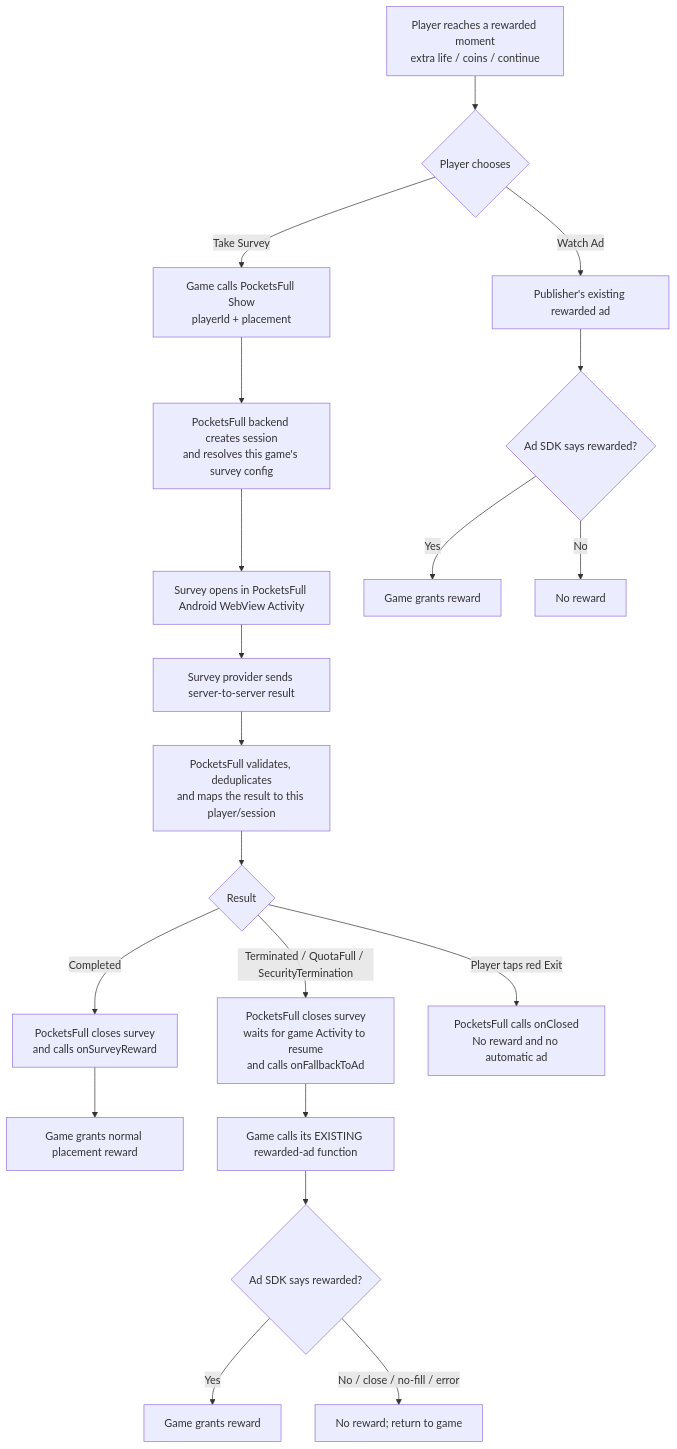
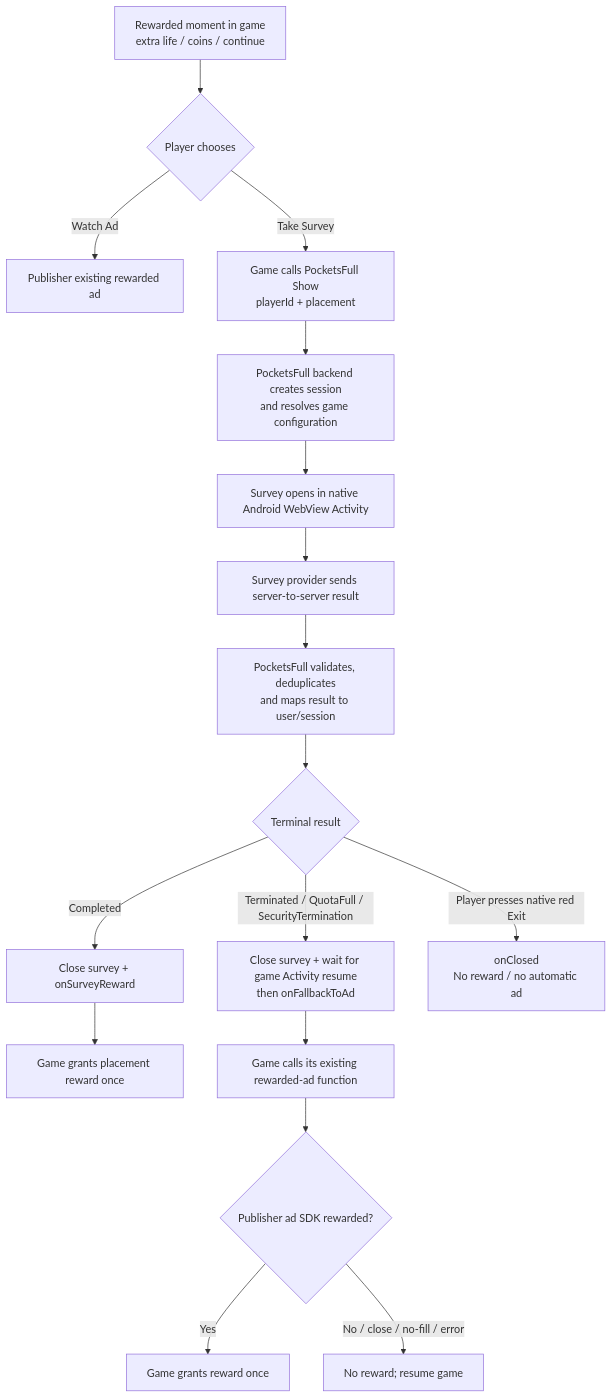
Before and after one commit to baali1994/pocketsfull-monetize-sdk: the first of 2 diagrams in README.md, drawn with Mermaid. The commit also changed other lines of this file, not shown here.

Commit message:
Polish README and public integration diagrams

````diff
--- a/README.md
+++ b/README.md
@@ -24,22 +33,19 @@
 ```mermaid
 flowchart TD
-    A[Player reaches a rewarded moment\nextra life / coins / continue] --> B{Player chooses}
-    B -->|Watch Ad| AD0[Publisher's existing rewarded ad]
+    A[Rewarded moment in game\nextra life / coins / continue] --> B{Player chooses}
+    B -->|Watch Ad| AD0[Publisher existing rewarded ad]
     B -->|Take Survey| S1[Game calls PocketsFull Show\nplayerId + placement]
-    S1 --> S2[PocketsFull backend creates session\nand resolves this game's survey config]
-    S2 --> S3[Survey opens in PocketsFull Android WebView Activity]
+    S1 --> S2[PocketsFull backend creates session\nand resolves game configuration]
+    S2 --> S3[Survey opens in native Android WebView Activity]
     S3 --> P[Survey provider sends server-to-server result]
-    P --> V[PocketsFull validates, deduplicates\nand maps the result to this player/session]
-    V --> R{Result}
-    R -->|Completed| C[PocketsFull closes survey\nand calls onSurveyReward]
-    C --> GR[Game grants normal placement reward]
-    R -->|Terminated / QuotaFull / SecurityTermination| F[PocketsFull closes survey\nwaits for game Activity to resume\nand calls onFallbackToAd]
-    F --> AD1[Game calls its EXISTING rewarded-ad function]
-    AD1 --> AR{Ad SDK says rewarded?}
-    AR -->|Yes| GR2[Game grants reward]
-    AR -->|No / close / no-fill / error| NR[No reward; return to game]
-    R -->|Player taps red Exit| X[PocketsFull calls onClosed\nNo reward and no automatic ad]
-    AD0 --> AR0{Ad SDK says rewarded?}
-    AR0 -->|Yes| GR3[Game grants reward]
-    AR0 -->|No| NR2[No reward]
+    P --> V[PocketsFull validates, deduplicates\nand maps result to user/session]
+    V --> R{Terminal result}
+    R -->|Completed| C[Close survey + onSurveyReward]
+    C --> GR[Game grants placement reward once]
+    R -->|Terminated / QuotaFull / SecurityTermination| F[Close survey + wait for game Activity resume\nthen onFallbackToAd]
+    F --> AD1[Game calls its existing rewarded-ad function]
+    AD1 --> AR{Publisher ad SDK rewarded?}
+    AR -->|Yes| GR2[Game grants reward once]
+    AR -->|No / close / no-fill / error| NR[No reward; resume game]
+    R -->|Player presses native red Exit| X[onClosed\nNo reward / no automatic ad]
 ```
````
